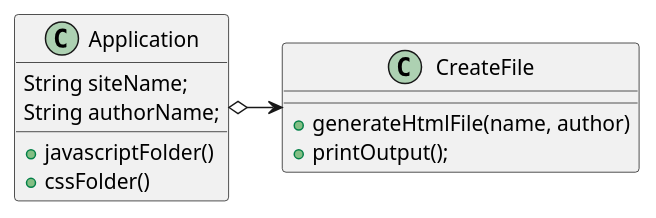
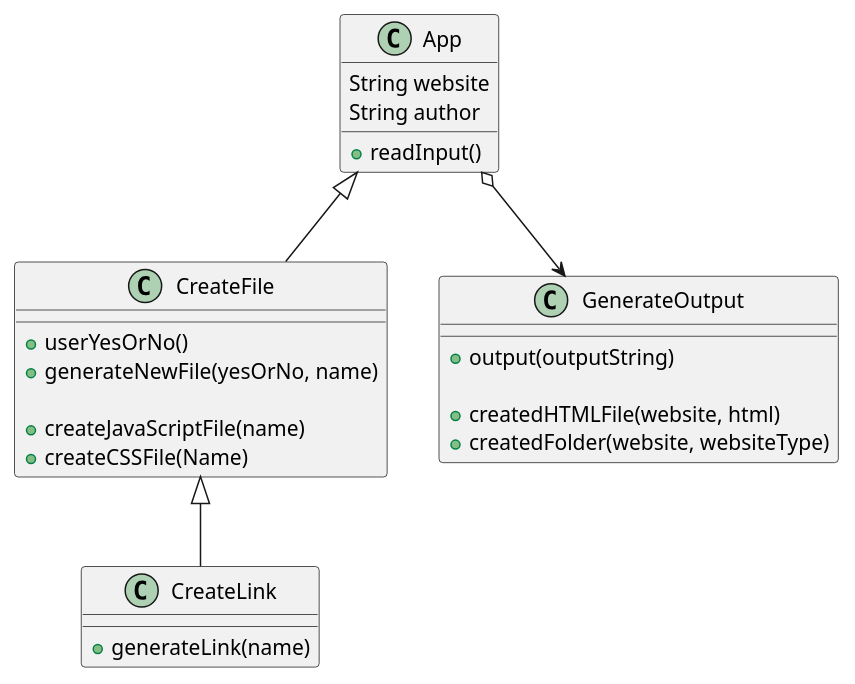
Before and after one commit to savosburn/osburn-cop3330-assignment3: the diagram in src/main/java/oop/assignment3/ex43/assignment3_ex43_diagram.puml, drawn with PlantUML. The commit also changed 5 other files, not shown here.

```diff
--- a/src/main/java/oop/assignment3/ex43/assignment3_ex43_diagram.puml
+++ b/src/main/java/oop/assignment3/ex43/assignment3_ex43_diagram.puml
@@ -1,16 +1,31 @@
 @startuml
-class Application{
-    String siteName;
-    String authorName;
+class App{
+    String website
+    String author
 
-    + javascriptFolder()
-    + cssFolder()
+    + readInput()
 }
 
 class CreateFile {
-    + generateHtmlFile(name, author)
-    + printOutput();
+    + userYesOrNo()
+    + generateNewFile(yesOrNo, name)
+
+    + createJavaScriptFile(name)
+    + createCSSFile(Name)
 }
 
-Application o->CreateFile
+class CreateLink {
+    + generateLink(name)
+}
+
+class GenerateOutput {
+    + output(outputString)
+
+    + createdHTMLFile(website, html)
+    + createdFolder(website, websiteType)
+}
+
+App <|-- CreateFile
+CreateFile <|-- CreateLink
+App o--> GenerateOutput
 @enduml
```
